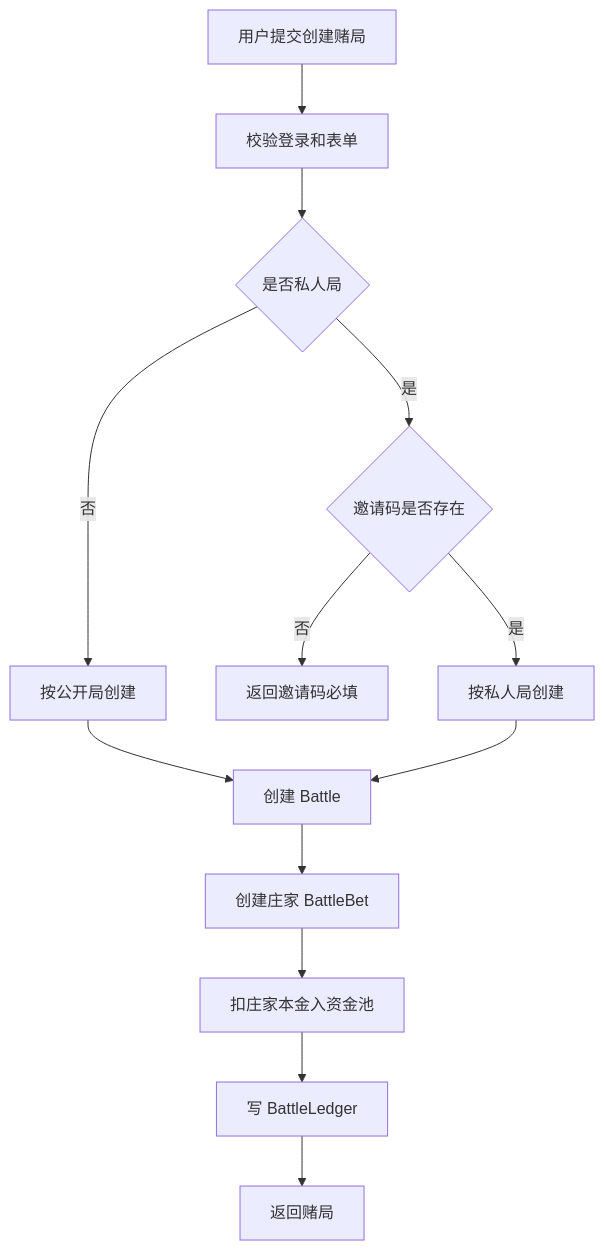
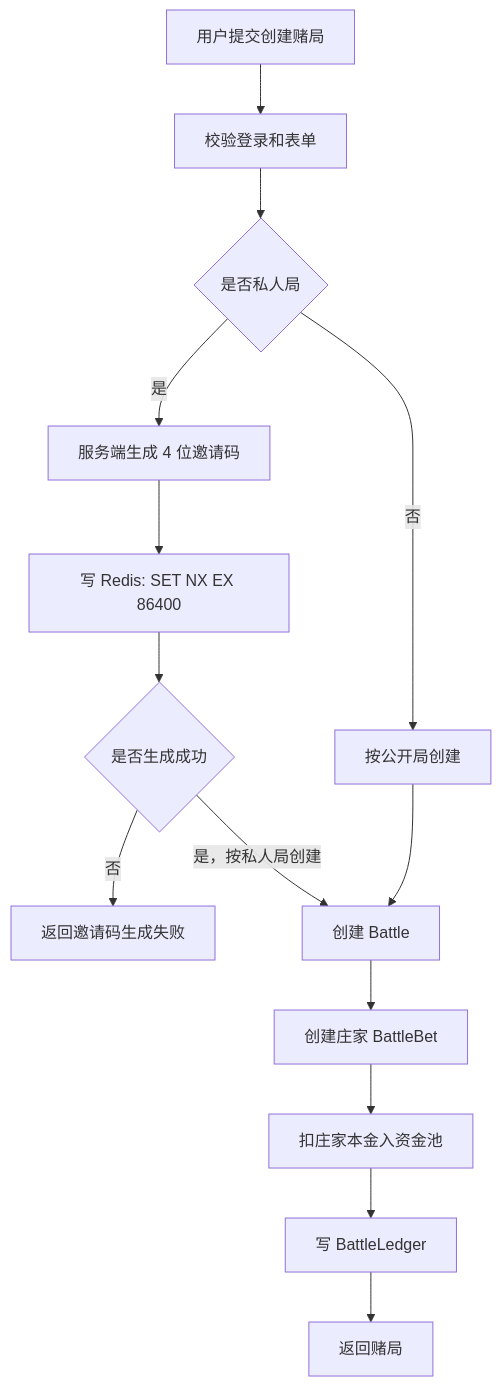
One commit to maoshuo1988/turtlepoll changed the first of 8 diagrams in prompt/project/开战广场/01-流程图.md. Above: the diagram before and after it, drawn with Mermaid. The commit also changed other lines of this file and 12 other files, not shown here.

````diff
--- a/prompt/project/开战广场/01-流程图.md
+++ b/prompt/project/开战广场/01-流程图.md
@@ -5,15 +5,16 @@
 ```mermaid
 flowchart TD
   A["用户提交创建赌局"] --> B["校验登录和表单"]
   B --> C{"是否私人局"}
-  C -- "是" --> D{"邀请码是否存在"}
+  C -- "是" --> D["服务端生成 4 位邀请码"]
   C -- "否" --> E["按公开局创建"]
-  D -- "否" --> F["返回邀请码必填"]
-  D -- "是" --> G["按私人局创建"]
-  E --> H["创建 Battle"]
-  G --> H
+  D --> F["写 Redis: SET NX EX 86400"]
+  F --> G{"是否生成成功"}
+  G -- "否" --> Z["返回邀请码生成失败"]
+  G -- "是，按私人局创建" --> H["创建 Battle"]
+  E --> H
   H --> I["创建庄家 BattleBet"]
   I --> J["扣庄家本金入资金池"]
   J --> K["写 BattleLedger"]
   K --> L["返回赌局"]
 ```
````
